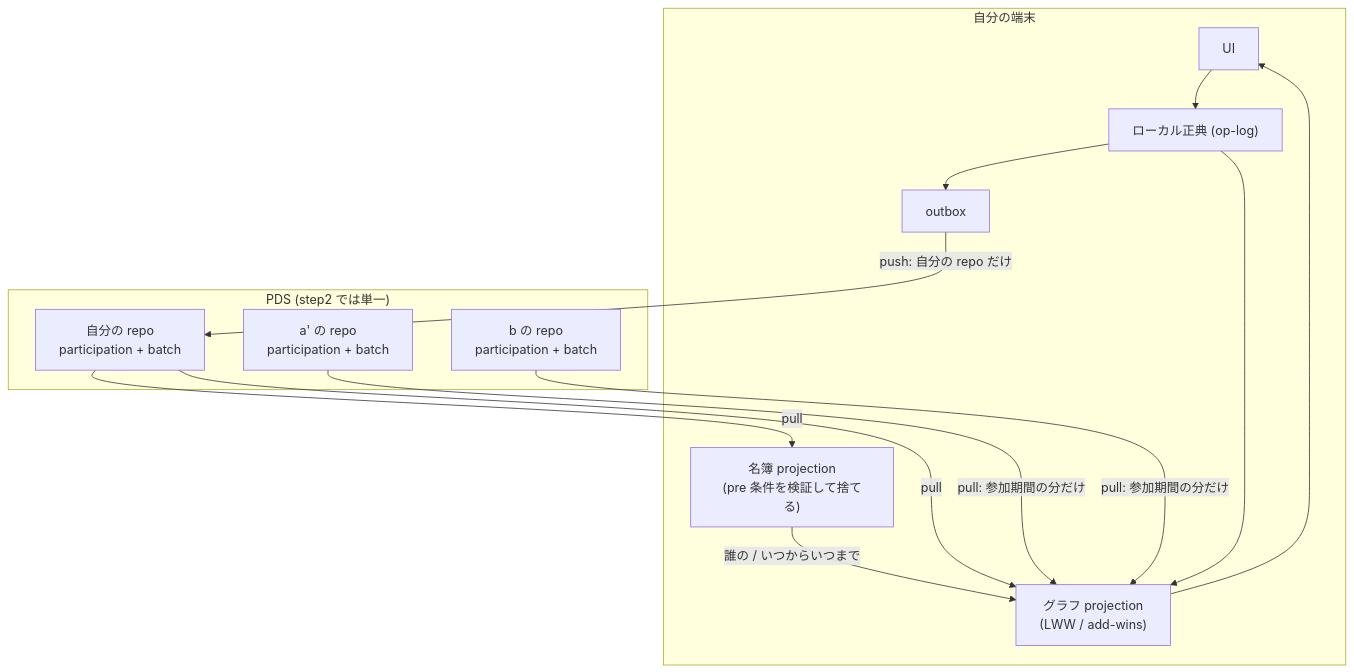
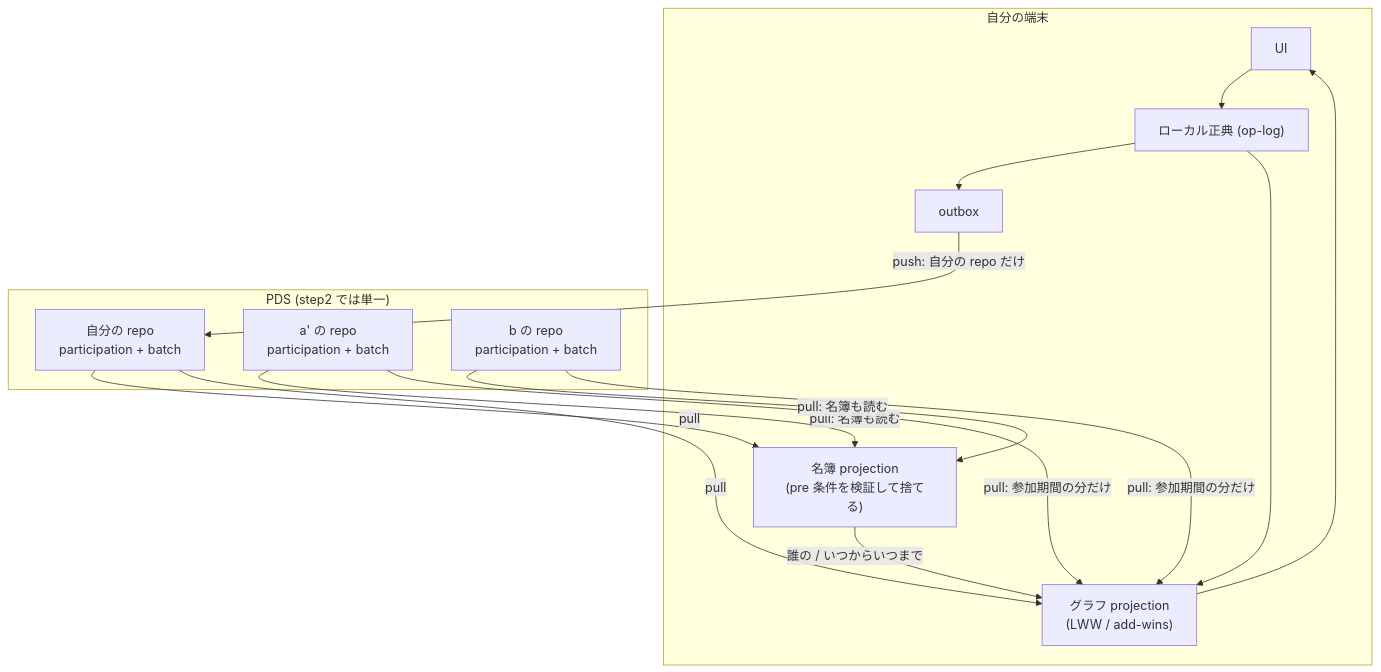
Before and after one commit to yamadamasaki/conversensus: the diagram in deepse/architecture/step2.md, drawn with Mermaid. The commit also changed other lines of this file and 3 other files, not shown here.

````diff
--- a/deepse/architecture/step2.md
+++ b/deepse/architecture/step2.md
@@ -54,25 +59,27 @@
 ```mermaid
 flowchart TB
     subgraph Mine["自分の端末"]
         UI["UI"]
         LOCAL["ローカル正典 (op-log)"]
         OUTBOX["outbox"]
         ROSTER["名簿 projection\n(pre 条件を検証して捨てる)"]
         GRAPH["グラフ projection\n(LWW / add-wins)"]
         UI --> LOCAL --> OUTBOX
         LOCAL --> GRAPH --> UI
         ROSTER -->|誰の / いつからいつまで| GRAPH
     end
 
     subgraph PDS["PDS (step2 では単一)"]
         MEP["自分の repo\nparticipation + batch"]
         AEP["a' の repo\nparticipation + batch"]
         BEP["b の repo\nparticipation + batch"]
     end
 
     OUTBOX -->|push: 自分の repo だけ| MEP
     MEP -->|pull| ROSTER
+    AEP -->|pull: 名簿も読む| ROSTER
+    BEP -->|pull: 名簿も読む| ROSTER
     AEP -->|pull: 参加期間の分だけ| GRAPH
     BEP -->|pull: 参加期間の分だけ| GRAPH
     MEP -->|pull| GRAPH
 ```
````
